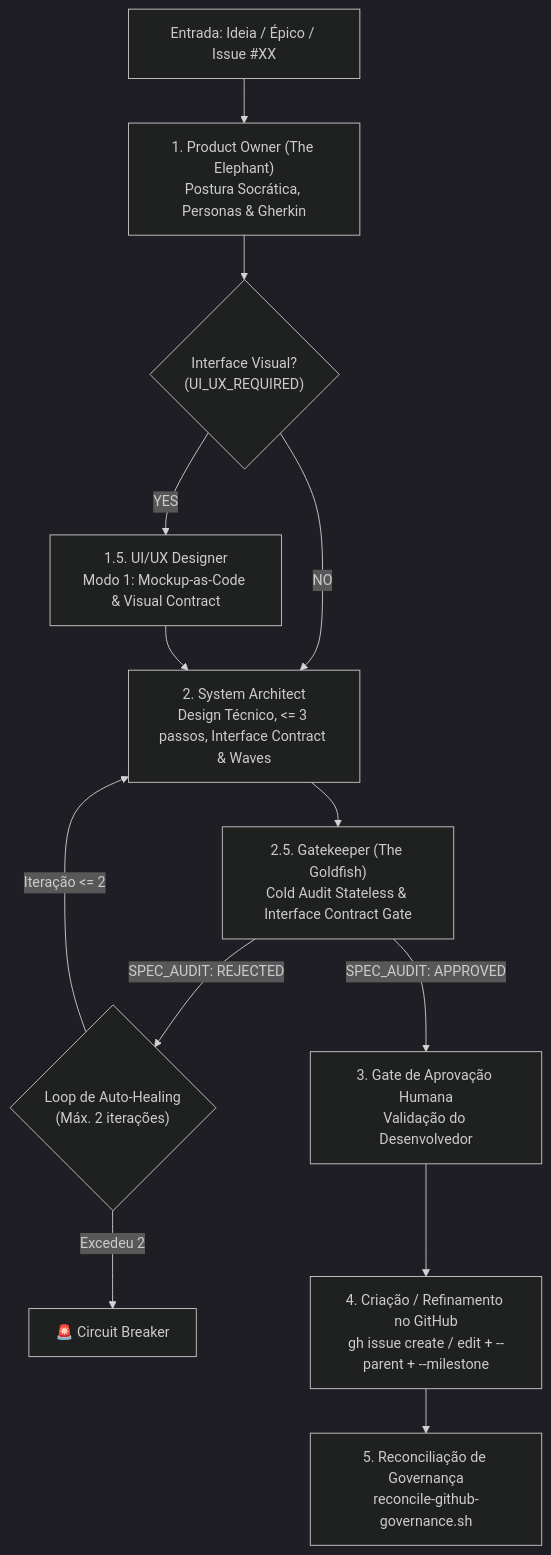
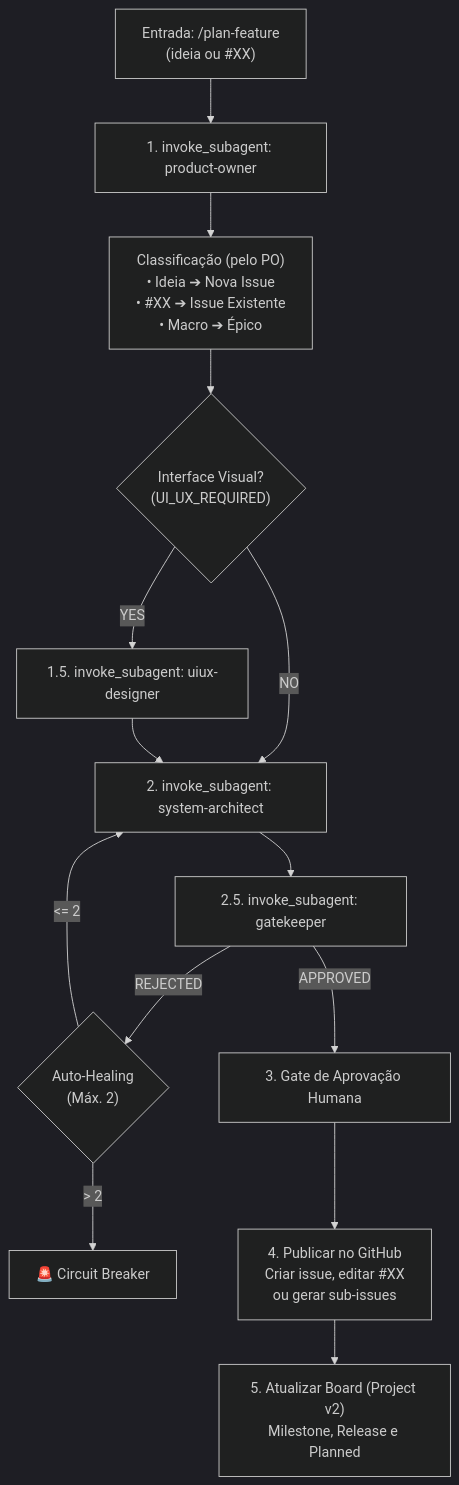
One commit to VitorJacom/my-agents changed the diagram in docs/skills/Skill-plan-feature.md. Above: the diagram before and after it, drawn with Mermaid (dark theme). The commit also changed 1 other file, not shown here.

Commit message:
docs(wiki): standardize Mermaid diagram in Skill-plan-feature and documentation rules

````diff
--- a/docs/skills/Skill-plan-feature.md
+++ b/docs/skills/Skill-plan-feature.md
@@ -39,15 +39,16 @@
 ```mermaid
 flowchart TD
-    Start["Entrada: Ideia / Épico / Issue #XX"] --> PO["1. Product Owner (The Elephant)<br/>Postura Socrática, Personas & Gherkin"]
-    PO --> Decision{"Interface Visual?<br/>(UI_UX_REQUIRED)"}
-    Decision -- "YES" --> UIUX["1.5. UI/UX Designer<br/>Modo 1: Mockup-as-Code & Visual Contract"]
-    Decision -- "NO" --> Arch["2. System Architect<br/>Design Técnico, <= 3 passos, Interface Contract & Waves"]
+    Start["Entrada: /plan-feature<br/>(ideia ou #XX)"] --> PO["1. invoke_subagent: product-owner"]
+    PO --> Scope["Classificação (pelo PO)<br/>• Ideia ➔ Nova Issue<br/>• #XX ➔ Issue Existente<br/>• Macro ➔ Épico"]
+    Scope --> Decision{"Interface Visual?<br/>(UI_UX_REQUIRED)"}
+    Decision -- "YES" --> UIUX["1.5. invoke_subagent: uiux-designer"]
+    Decision -- "NO" --> Arch["2. invoke_subagent: system-architect"]
     UIUX --> Arch
-    Arch --> Goldfish["2.5. Gatekeeper (The Goldfish)<br/>Cold Audit Stateless & Interface Contract Gate"]
-    Goldfish -- "SPEC_AUDIT: REJECTED" --> Healing{"Loop de Auto-Healing<br/>(Máx. 2 iterações)"}
-    Healing -- "Iteração <= 2" --> Arch
-    Healing -- "Excedeu 2" --> CB["🚨 Circuit Breaker"]
-    Goldfish -- "SPEC_AUDIT: APPROVED" --> Gate["3. Gate de Aprovação Humana<br/>Validação do Desenvolvedor"]
-    Gate --> GH["4. Criação / Refinamento no GitHub<br/>gh issue create / edit + --parent + --milestone"]
-    GH --> Reconcile["5. Reconciliação de Governança<br/>reconcile-github-governance.sh"]
+    Arch --> Goldfish["2.5. invoke_subagent: gatekeeper"]
+    Goldfish -- "REJECTED" --> Healing{"Auto-Healing<br/>(Máx. 2)"}
+    Healing -- "<= 2" --> Arch
+    Healing -- "> 2" --> CB["🚨 Circuit Breaker"]
+    Goldfish -- "APPROVED" --> Gate["3. Gate de Aprovação Humana"]
+    Gate --> GH["4. Publicar no GitHub<br/>Criar issue, editar #XX<br/>ou gerar sub-issues"]
+    GH --> Sync["5. Atualizar Board (Project v2)<br/>Milestone, Release e Planned"]
 ```
````
